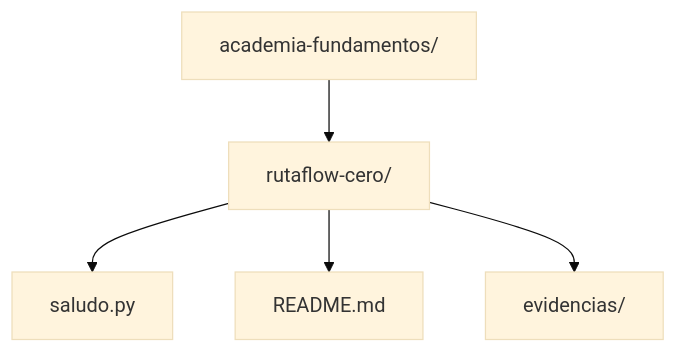
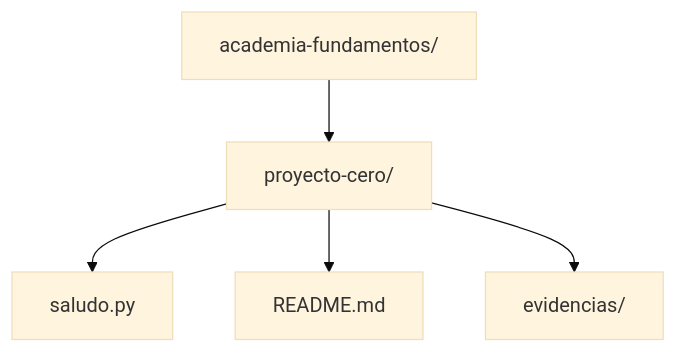
Before and after one commit to NICORUIZ93/Academia_Floci: the second of 4 diagrams in web/public/content/foundations/modulo-0.md, drawn with Mermaid (base theme). The commit also changed other lines of this file and 11 other files, not shown here.

````diff
--- a/web/public/content/foundations/modulo-0.md
+++ b/web/public/content/foundations/modulo-0.md
@@ -141,7 +141,7 @@
 ```mermaid
 flowchart TB
-  Academia["academia-fundamentos/"] --> Project["rutaflow-cero/"]
+  Academia["academia-fundamentos/"] --> Project["proyecto-cero/"]
   Project --> Source["saludo.py"]
   Project --> Readme["README.md"]
   Project --> Evidence["evidencias/"]
 ```
````
